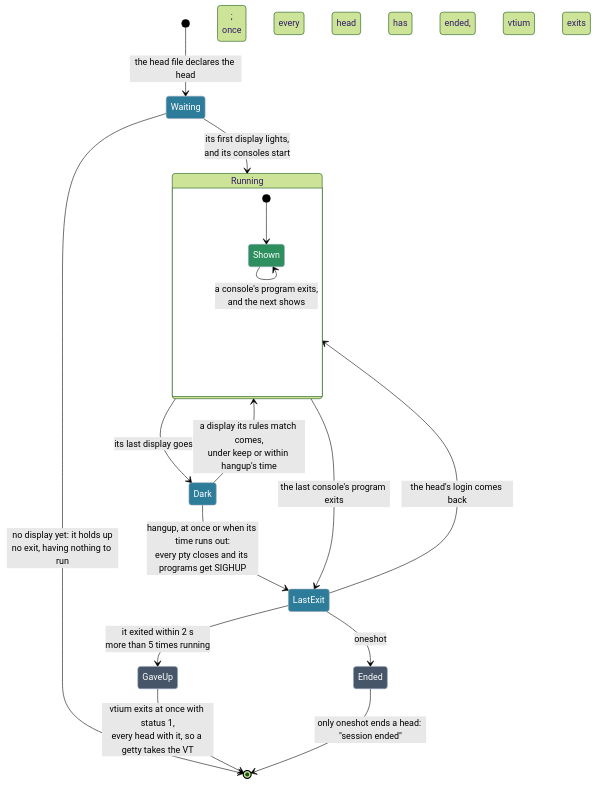
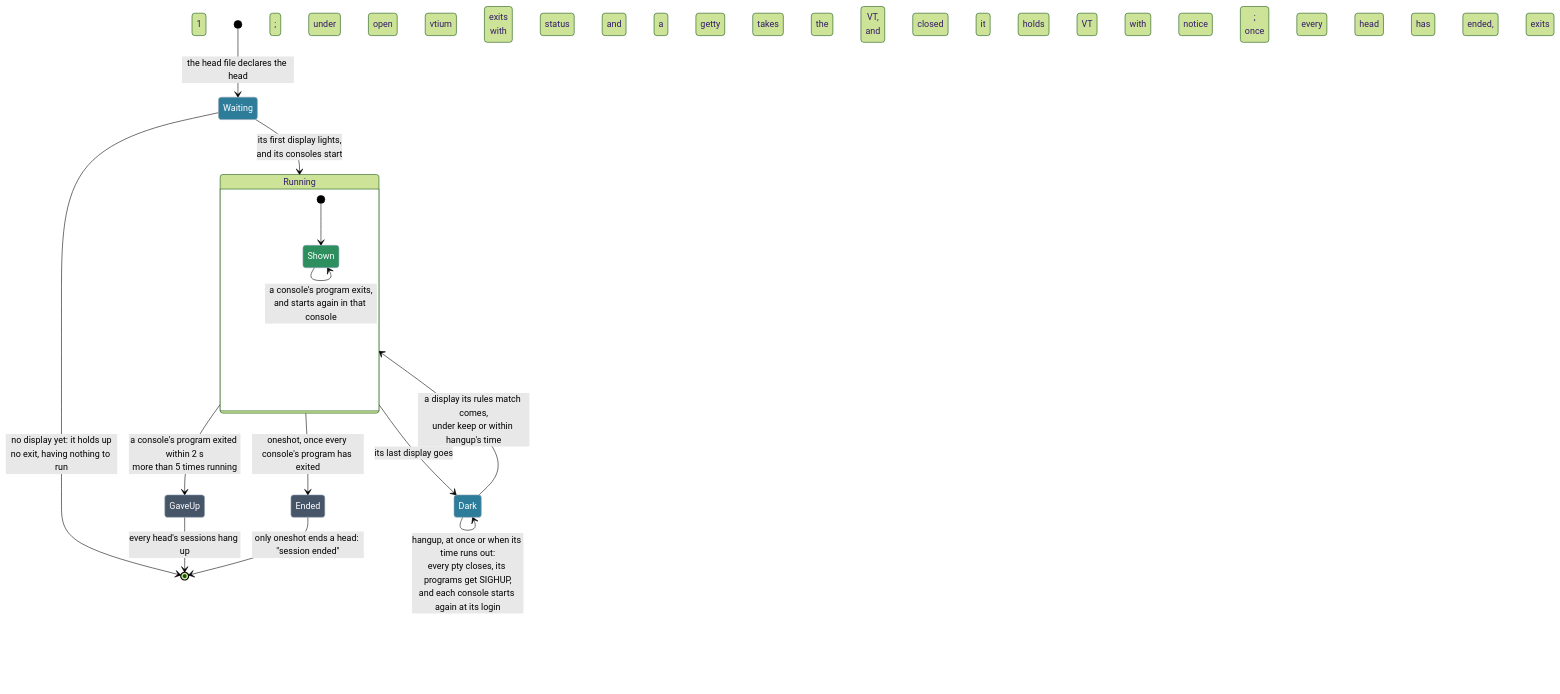
Before and after one commit to vtium/vtium: the second of 3 diagrams in docs/concepts.md, drawn with Mermaid (forest theme). The commit also changed other lines of this file and 8 other files, not shown here.

````diff
--- a/docs/concepts.md
+++ b/docs/concepts.md
@@ -114,26 +114,24 @@
 ```mermaid
 stateDiagram-v2
     [*] --> Waiting: the head file declares the head
     Waiting --> Running: its first display lights,<br>and its consoles start
     Waiting --> [*]: no display yet: it holds up<br>no exit, having nothing to run
     state Running {
         [*] --> Shown
         Shown --> Shown: Ctrl-Super-Right or Left<br>shows the next or the previous
-        Shown --> Shown: a console's program exits,<br>and the next shows
+        Shown --> Shown: a console's program exits,<br>and starts again in that console
     }
     Running --> Dark: its last display goes
     Dark --> Running: a display its rules match comes,<br>under keep or within hangup's time
-    Dark --> LastExit: hangup, at once or when its time runs out:<br>every pty closes and its programs get SIGHUP
-    Running --> LastExit: the last console's program exits
-    LastExit --> Running: the head's login comes back
-    LastExit --> GaveUp: it exited within 2 s<br>more than 5 times running
-    LastExit --> Ended: oneshot
-    GaveUp --> [*]: vtium exits at once with status 1,<br>every head with it, so a getty takes the VT
+    Dark --> Dark: hangup, at once or when its time runs out:<br>every pty closes, its programs get SIGHUP,<br>and each console starts again at its login
+    Running --> GaveUp: a console's program exited within 2 s<br>more than 5 times running
+    Running --> Ended: oneshot, once every console's program has exited
+    GaveUp --> [*]: every head's sessions hang up; under open vtium exits<br>with status 1 and a getty takes the VT,<br>and under closed it holds the VT with a notice
     Ended --> [*]: only oneshot ends a head: "session ended";<br>once every head has ended, vtium exits
     classDef step fill:#2d7d9a,color:#ffffff,stroke:#94a3b8
     classDef done fill:#2d8e5e,color:#ffffff,stroke:#94a3b8
     classDef inert fill:#475569,color:#ffffff,stroke:#94a3b8
-    class Waiting,LastExit,Dark step
+    class Waiting,Dark step
     class Shown done
     class GaveUp,Ended inert
 ```
````
